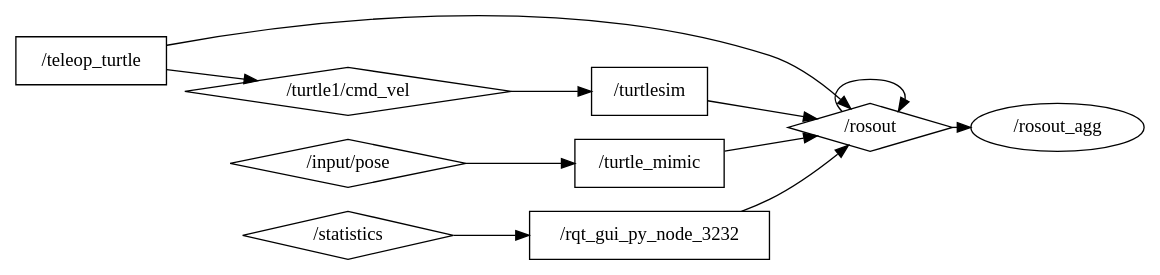
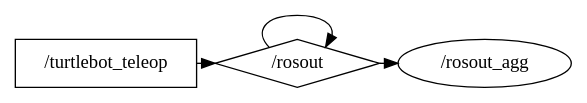
Before and after one commit to carolahp/rostopic-gui: the diagram in test.dot, drawn with Graphviz. The commit also changed 6 other files, not shown here.

```diff
--- a/test.dot
+++ b/test.dot
@@ -1,65 +1,27 @@
 digraph graphname {
-	graph [bb="0,0,690.96,180.68",
+	graph [bb="0,0,338,54",
 		compound=True,
 		rank=same,
 		rankdir=LR,
 		ranksep=0.2,
 		ratio=fill
 	];
 	node [label="\N"];
-	"/turtlesim"	 [height=0.5,
-		pos="386.7,126",
+	"/turtlebot_teleop"	 [height=0.5,
+		pos="53,18",
 		shape=box,
-		width=0.95833];
+		width=1.4722];
 	"/rosout"	 [height=0.5,
-		pos="523.33,99",
+		pos="170,18",
 		shape=diamond,
 		width=1.3787];
-	"/turtlesim" -> "/rosout"	 [penwidth=1,
-		pos="e,490.52,105.38 421.33,119.26 439.28,115.66 461.55,111.19 480.61,107.37"];
-	"/teleop_turtle"	 [height=0.5,
-		pos="44.5,149",
-		shape=box,
-		width=1.2361];
-	"/teleop_turtle" -> "/rosout"	 [penwidth=1,
-		pos="e,511.39,112.96 89.275,159.34 166.81,175.53 332.13,200.4 459.7,153 477.25,146.48 493.18,132.58 504.58,120.52"];
-	"/turtle1/cmd_vel"	 [height=0.5,
-		pos="201.35,126",
-		shape=diamond,
-		width=2.7319];
-	"/teleop_turtle" -> "/turtle1/cmd_vel"	 [penwidth=1,
-		pos="e,146.38,134.02 89.046,142.53 103.65,140.36 120.25,137.9 136.1,135.54"];
-	"/turtle_mimic"	 [height=0.5,
-		pos="386.7,72",
-		shape=box,
-		width=1.2778];
-	"/turtle_mimic" -> "/rosout"	 [penwidth=1,
-		pos="e,490.64,92.643 432.91,81.066 448.3,84.153 465.43,87.588 480.54,90.619"];
+	"/turtlebot_teleop" -> "/rosout"	 [penwidth=1,
+		pos="e,120.04,18 106.12,18 107.42,18 108.73,18 110.04,18"];
 	"/rosout" -> "/rosout"	 [penwidth=1,
-		pos="e,540.62,111.17 506.05,111.17 497.09,122.6 502.85,135 523.33,135 538.22,135 545.33,128.45 544.67,120.49"];
+		pos="e,187.28,29.799 152.72,29.799 143.17,41.331 148.93,54 170,54 185.47,54 192.69,47.167 191.65,38.97"];
 	"/rosout_agg"	 [height=0.5,
-		pos="638.96,99",
+		pos="286,18",
 		width=1.4443];
 	"/rosout" -> "/rosout_agg"	 [penwidth=1,
-		pos="e,586.62,99 573.18,99 574.3,99 575.41,99 576.53,99"];
-	"/rqt_gui_py_node_3232"	 [height=0.5,
-		pos="386.7,18",
-		shape=box,
-		width=2.0278];
-	"/rqt_gui_py_node_3232" -> "/rosout"	 [penwidth=1,
-		pos="e,509.49,85.483 442.14,36.036 448.21,38.741 454.19,41.732 459.7,45 475.15,54.161 490.46,67.267 502.08,78.274"];
-	"/input/pose"	 [height=0.5,
-		pos="201.35,72",
-		shape=diamond,
-		width=1.966];
-	"/input/pose" -> "/turtle_mimic"	 [penwidth=1,
-		pos="e,340.57,72 271.93,72 291.24,72 311.95,72 330.33,72"];
-	"/turtle1/cmd_vel" -> "/turtlesim"	 [penwidth=1,
-		pos="e,352.07,126 299.66,126 314.39,126 328.93,126 341.74,126"];
-	"/statistics"	 [height=0.5,
-		pos="201.35,18",
-		shape=diamond,
-		width=1.7107];
-	"/statistics" -> "/rqt_gui_py_node_3232"	 [penwidth=1,
-		pos="e,313.61,18 263.15,18 276.02,18 289.82,18 303.34,18"];
+		pos="e,233.94,18 219.68,18 221,18 222.34,18 223.68,18"];
 }
```
